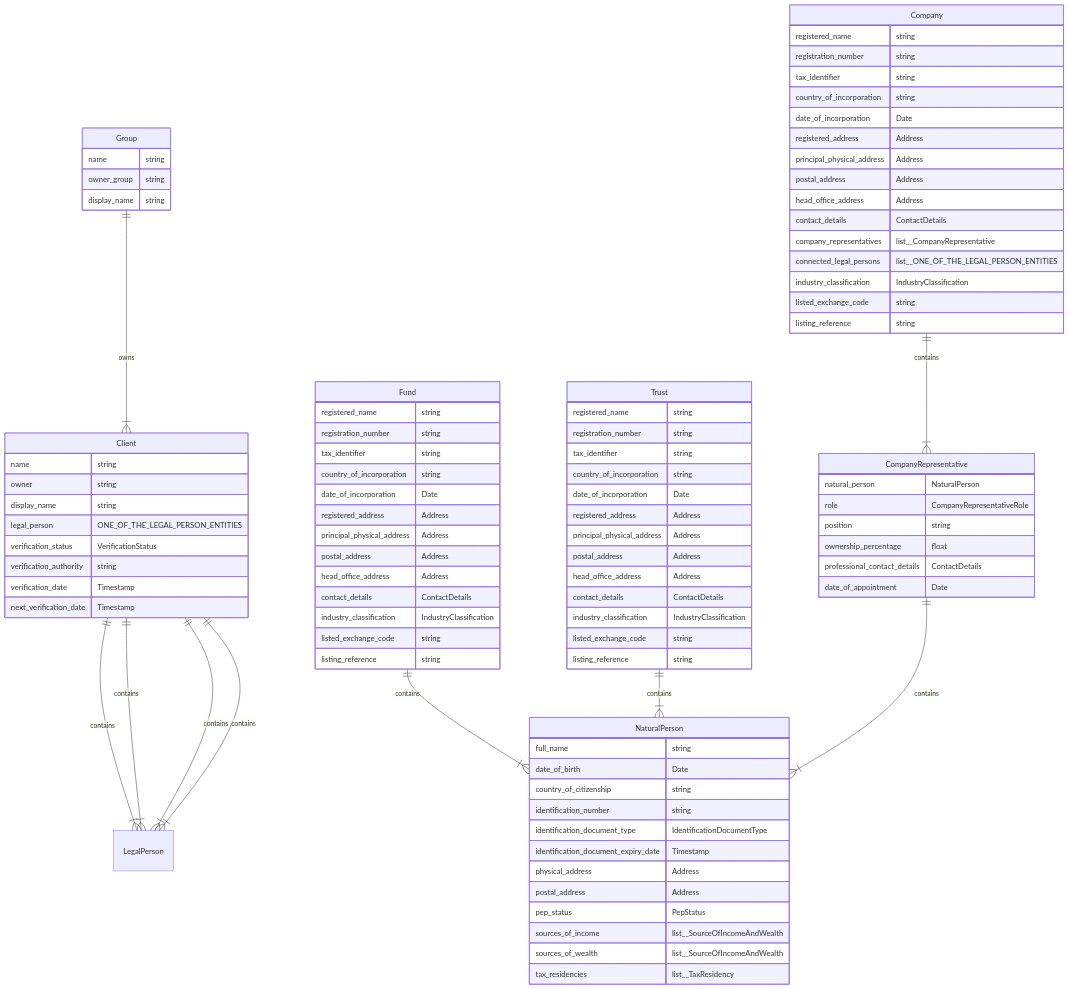
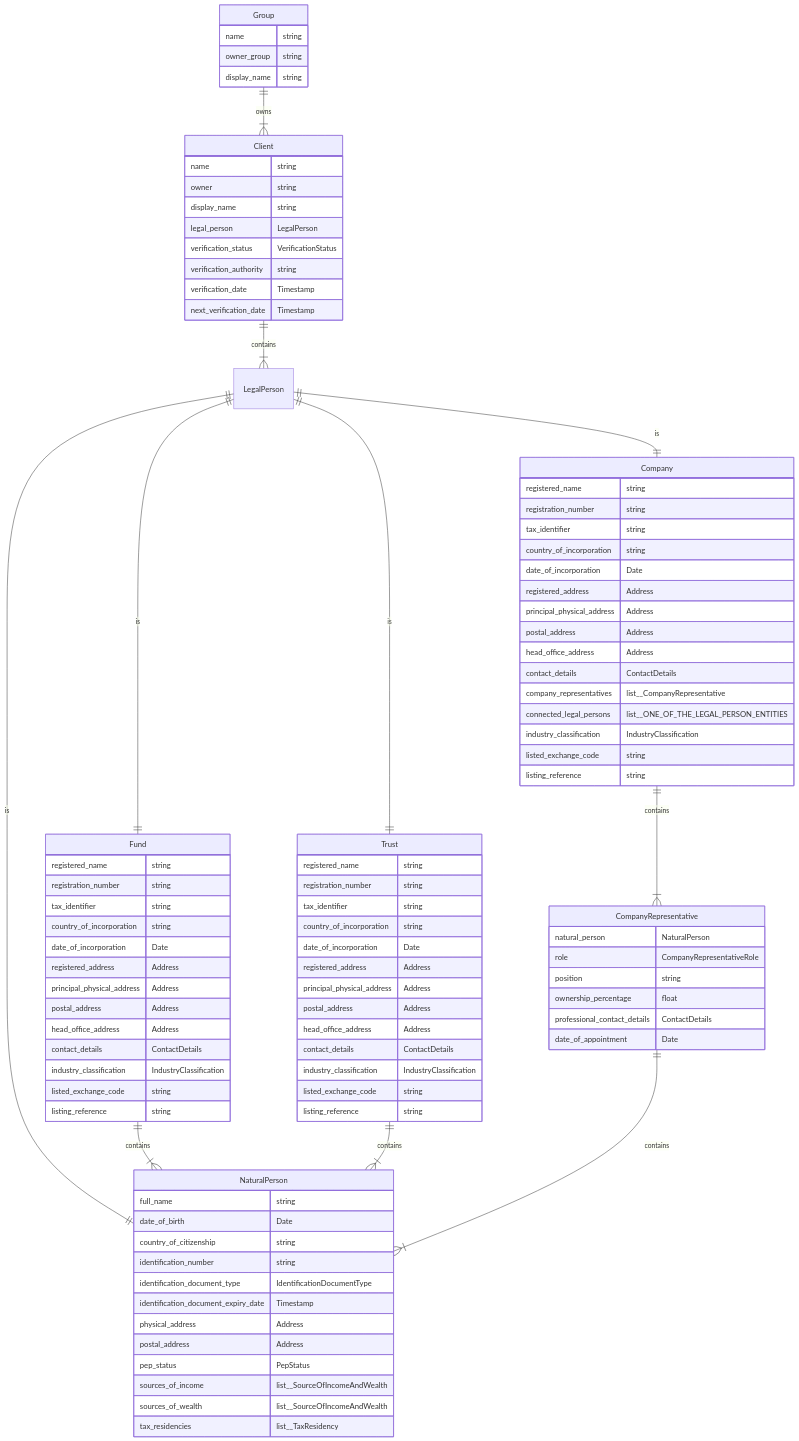
Before and after one commit to meshtrade/api: the diagram in proto/meshtrade/compliance/client/v1/README.md, drawn with Mermaid. The commit also changed 8 other files, not shown here.

```diff
--- a/proto/meshtrade/compliance/client/v1/README.md
+++ b/proto/meshtrade/compliance/client/v1/README.md
@@ -12,16 +12,18 @@
         name string
         owner string
         display_name string
-        legal_person ONE_OF_THE_LEGAL_PERSON_ENTITIES
+        legal_person LegalPerson
         verification_status VerificationStatus
         verification_authority string
         verification_date Timestamp
         next_verification_date Timestamp
     }
     Client ||--|{ LegalPerson : contains
-    Client ||--|{ LegalPerson : contains
-    Client ||--|{ LegalPerson : contains
-    Client ||--|{ LegalPerson : contains
+
+    LegalPerson ||--|| NaturalPerson : is
+    LegalPerson ||--|| Company : is
+    LegalPerson ||--|| Fund : is
+    LegalPerson ||--|| Trust : is
 
     NaturalPerson {
         full_name string
```
